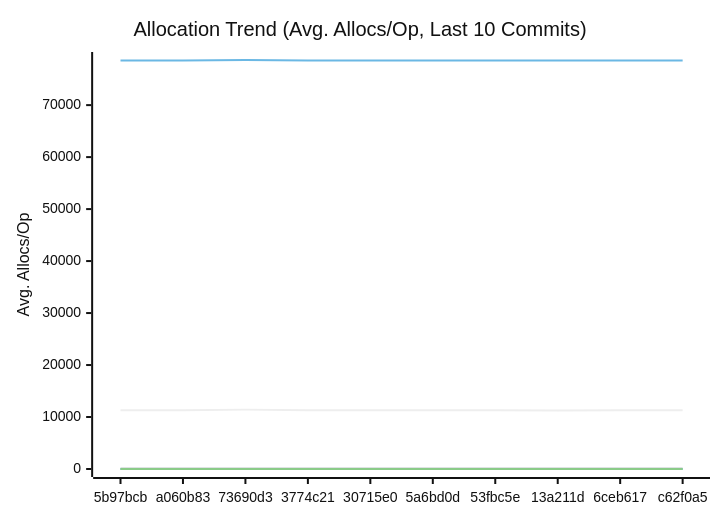
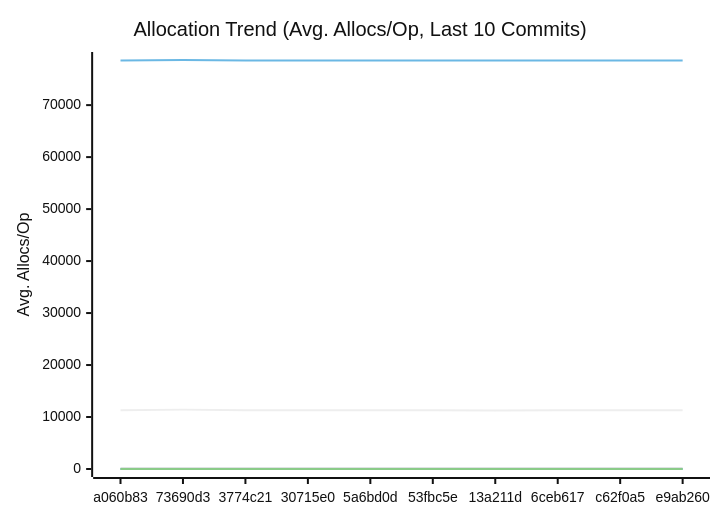
Before and after one commit to alsotoes/momo: the third of 3 diagrams in docs/PERFORMANCE.md, drawn with Mermaid (neutral theme). The commit also changed other lines of this file and 3 other files, not shown here.

````diff
--- a/docs/PERFORMANCE.md
+++ b/docs/PERFORMANCE.md
@@ -197,20 +197,20 @@
 ```mermaid
 xychart-beta
     title "Allocation Trend (Avg. Allocs/Op, Last 10 Commits)"
     x-axis "Commit"
     y-axis "Avg. Allocs/Op"
-    x-axis [5b97bcb,a060b83,73690d3,3774c21,30715e0,5a6bd0d,53fbc5e,13a211d,6ceb617,c62f0a5]
-    line "AWSChunkedReaderSigned" [11291,11291,11422,11290,11296,11293,11281,11276,11278,11291]
-    line "AWSChunkedReaderUnsigned" [78580,78580,78679,78587,78563,78569,78577,78568,78570,78564]
+    x-axis [a060b83,73690d3,3774c21,30715e0,5a6bd0d,53fbc5e,13a211d,6ceb617,c62f0a5,e9ab260]
+    line "AWSChunkedReaderSigned" [11291,11422,11290,11296,11293,11281,11276,11278,11291,11295]
+    line "AWSChunkedReaderUnsigned" [78580,78679,78587,78563,78569,78577,78568,78570,78564,78569]
     line "CheckMetricsAndSwap" [0,0,0,0,0,0,0,0,0,0]
     line "CrushOptimized" [0,0,0,0,0,0,0,0,0,0]
     line "CrushOriginal" [3,3,3,3,3,3,3,3,3,3]
     line "IndexDirectTracking" [0,0,0,0,0,0,0,0,0,0]
     line "IndexSearch" [0,0,0,0,0,0,0,0,0,0]
-    line "LoadGlobalConfig" [46,46,46,50,54,54,54,54,54,54]
+    line "LoadGlobalConfig" [46,46,50,54,54,54,54,54,54,54]
     line "PadString" [1,1,1,1,1,1,1,1,1,1]
     line "ParseReplicationOrder_NoPrealloc" [6,6,6,6,6,5,5,5,5,5]
     line "ParseReplicationOrder_Prealloc" [2,2,2,2,2,1,1,1,1,1]
     line "SanitizeLog/Safe" [0,0,0,0,0,0,0,0,0,0]
     line "SanitizeLog/Unsafe" [1,1,1,1,1,1,1,1,1,1]
 ```
````
